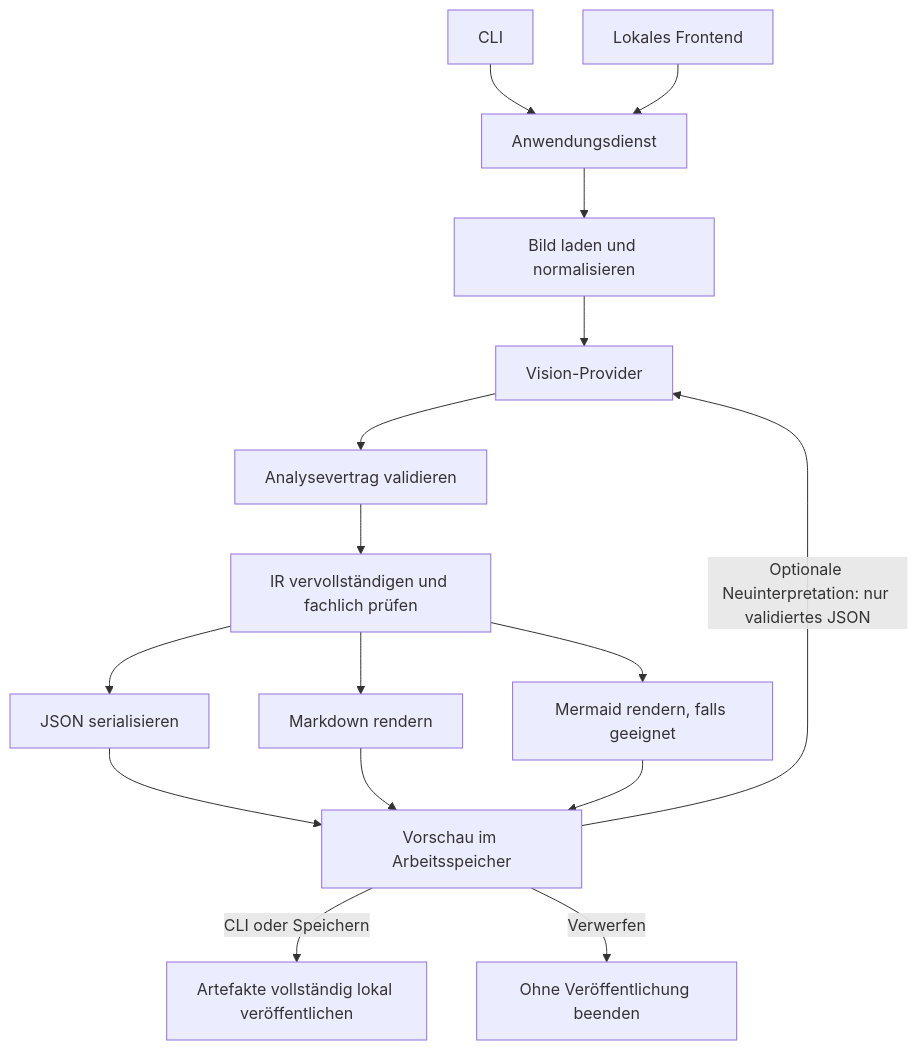
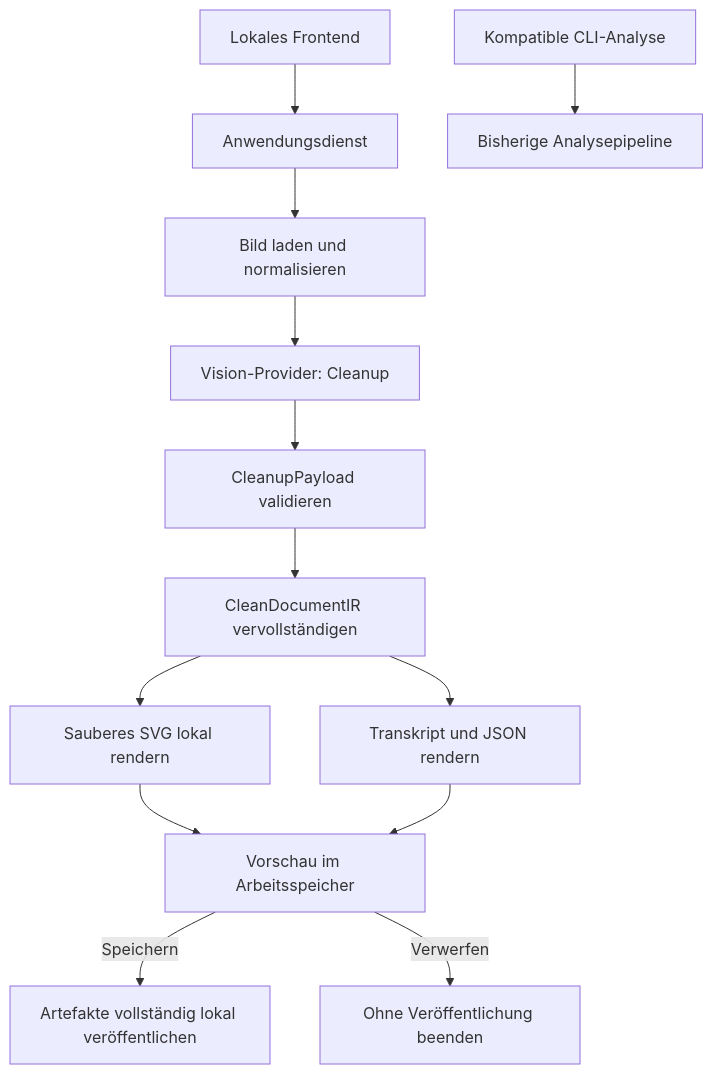
One commit to Sebastian1981/Notes2StructureAI changed the diagram in docs/architecture.md. Above: the diagram before and after it, drawn with Mermaid. The commit also changed other lines of this file and 18 other files, not shown here.

Commit message:
Pivot frontend to visual note cleanup

````diff
--- a/docs/architecture.md
+++ b/docs/architecture.md
@@ -24,18 +24,15 @@
 ```mermaid
 flowchart TD
-    CLI[CLI] --> APP[Anwendungsdienst]
-    UI[Lokales Frontend] --> APP
+    UI[Lokales Frontend] --> APP[Anwendungsdienst]
     APP --> LOAD[Bild laden und normalisieren]
-    LOAD --> PROVIDER[Vision-Provider]
-    PROVIDER --> VALIDATE[Analysevertrag validieren]
-    VALIDATE --> IR[IR vervollständigen und fachlich prüfen]
-    IR --> JSON[JSON serialisieren]
-    IR --> MD[Markdown rendern]
-    IR --> MMD[Mermaid rendern, falls geeignet]
-    JSON --> PREVIEW[Vorschau im Arbeitsspeicher]
-    MD --> PREVIEW
-    MMD --> PREVIEW
-    PREVIEW -->|CLI oder Speichern| WRITE[Artefakte vollständig lokal veröffentlichen]
+    LOAD --> PROVIDER[Vision-Provider: Cleanup]
+    PROVIDER --> VALIDATE[CleanupPayload validieren]
+    VALIDATE --> IR[CleanDocumentIR vervollständigen]
+    IR --> SVG[Sauberes SVG lokal rendern]
+    IR --> TEXT[Transkript und JSON rendern]
+    SVG --> PREVIEW[Vorschau im Arbeitsspeicher]
+    TEXT --> PREVIEW
+    PREVIEW -->|Speichern| WRITE[Artefakte vollständig lokal veröffentlichen]
     PREVIEW -->|Verwerfen| DROP[Ohne Veröffentlichung beenden]
-    PREVIEW -->|Optionale Neuinterpretation: nur validiertes JSON| PROVIDER
+    CLI[Kompatible CLI-Analyse] --> LEGACY[Bisherige Analysepipeline]
 ```
````
